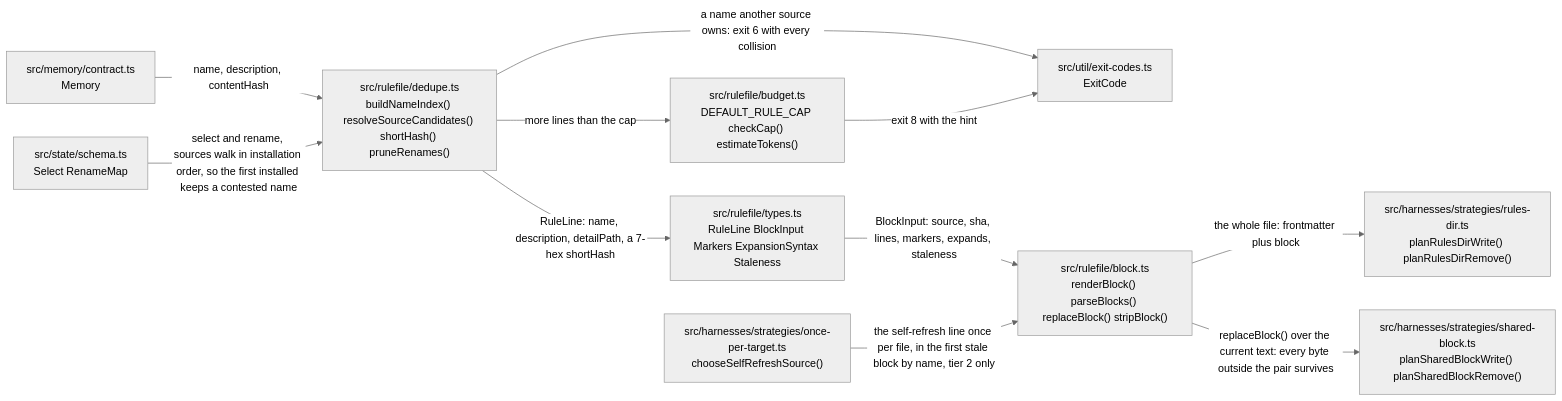
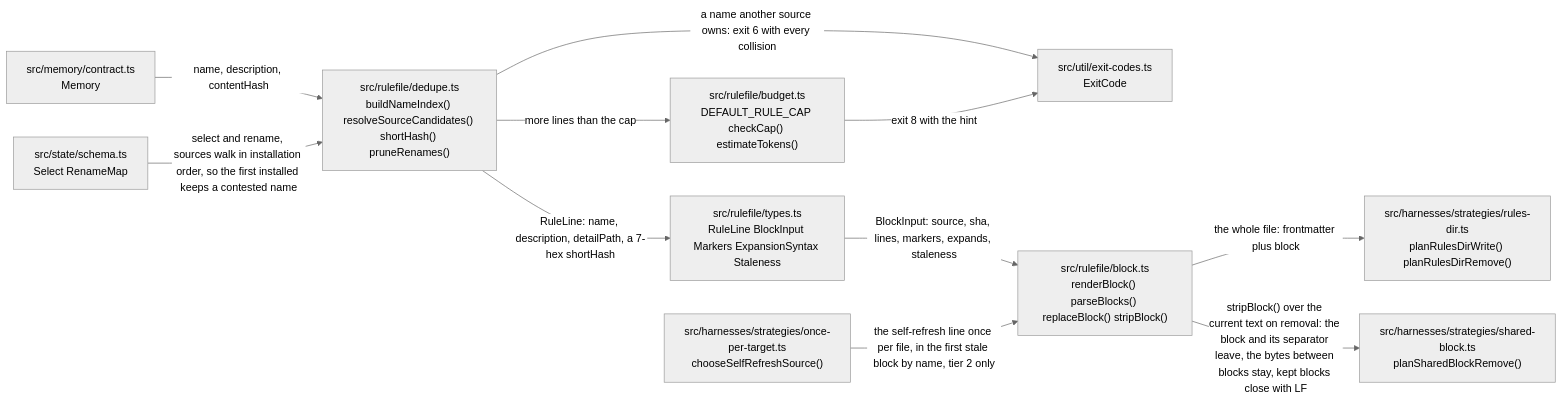
The fourth of 15 diagrams in docs/architecture.md (Vivswan/maxims), drawn with Mermaid (neutral theme) before and after one commit. The commit also changed other lines of this file and 10 other files, not shown here.

````diff
--- a/docs/architecture.md
+++ b/docs/architecture.md
@@ -142,23 +142,23 @@
 ```mermaid
 flowchart LR
   memory["src/memory/contract.ts<br>Memory"]
   intent["src/state/schema.ts<br>Select RenameMap"]
   dedupe["src/rulefile/dedupe.ts<br>buildNameIndex() resolveSourceCandidates() shortHash() pruneRenames()"]
   budget["src/rulefile/budget.ts<br>DEFAULT_RULE_CAP checkCap() estimateTokens()"]
   exit["src/util/exit-codes.ts<br>ExitCode"]
   types["src/rulefile/types.ts<br>RuleLine BlockInput Markers ExpansionSyntax Staleness"]
   block["src/rulefile/block.ts<br>renderBlock() parseBlocks() replaceBlock() stripBlock()"]
   selfrefresh["src/harnesses/strategies/once-per-target.ts<br>chooseSelfRefreshSource()"]
   rulesdir["src/harnesses/strategies/rules-dir.ts<br>planRulesDirWrite() planRulesDirRemove()"]
-  shared["src/harnesses/strategies/shared-block.ts<br>planSharedBlockWrite() planSharedBlockRemove()"]
+  shared["src/harnesses/strategies/shared-block.ts<br>planSharedBlockRemove()"]
   memory -->|"name, description, contentHash"| dedupe
   intent -->|"select and rename, sources walk in installation order, so the first installed keeps a contested name"| dedupe
   dedupe -->|"a name another source owns: exit 6 with every collision"| exit
   dedupe -->|"more lines than the cap"| budget
   budget -->|"exit 8 with the hint"| exit
   dedupe -->|"RuleLine: name, description, detailPath, a 7-hex shortHash"| types
   types -->|"BlockInput: source, sha, lines, markers, expands, staleness"| block
   selfrefresh -->|"the self-refresh line once per file, in the first stale block by name, tier 2 only"| block
   block -->|"the whole file: frontmatter plus block"| rulesdir
-  block -->|"replaceBlock() over the current text: every byte outside the pair survives"| shared
+  block -->|"stripBlock() over the current text on removal: the block and its separator leave, the bytes between blocks stay, kept blocks close with LF"| shared
 ```
````
